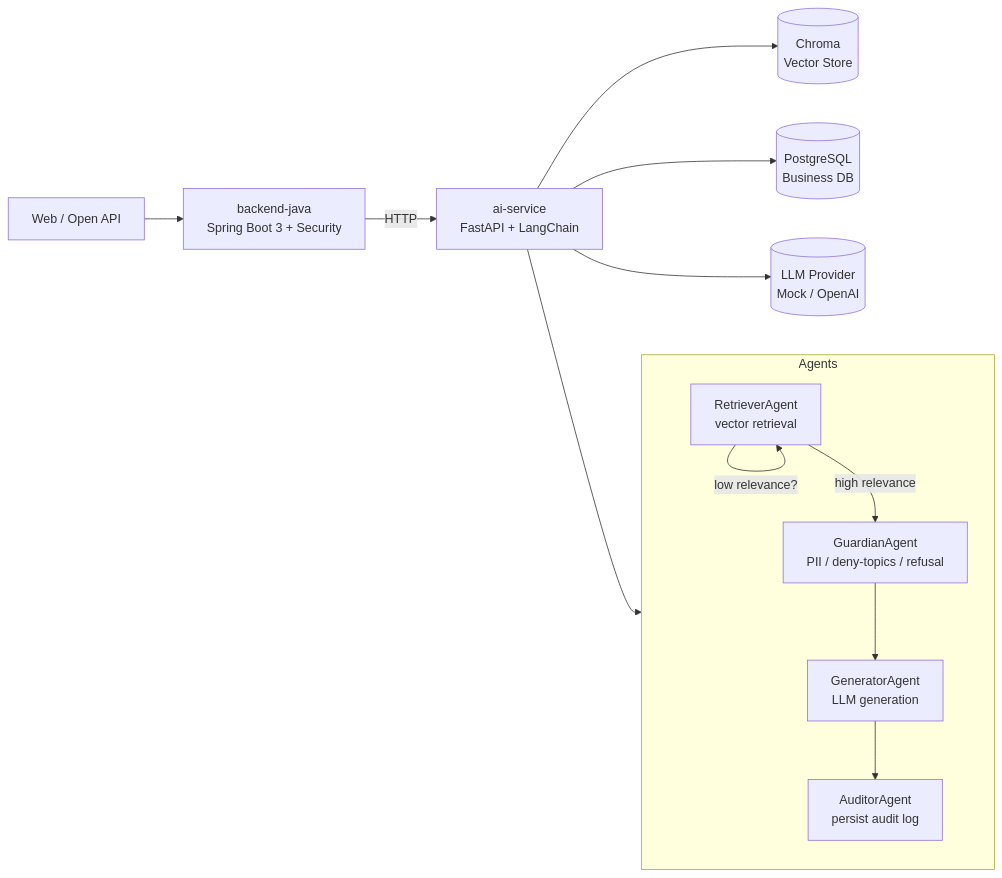
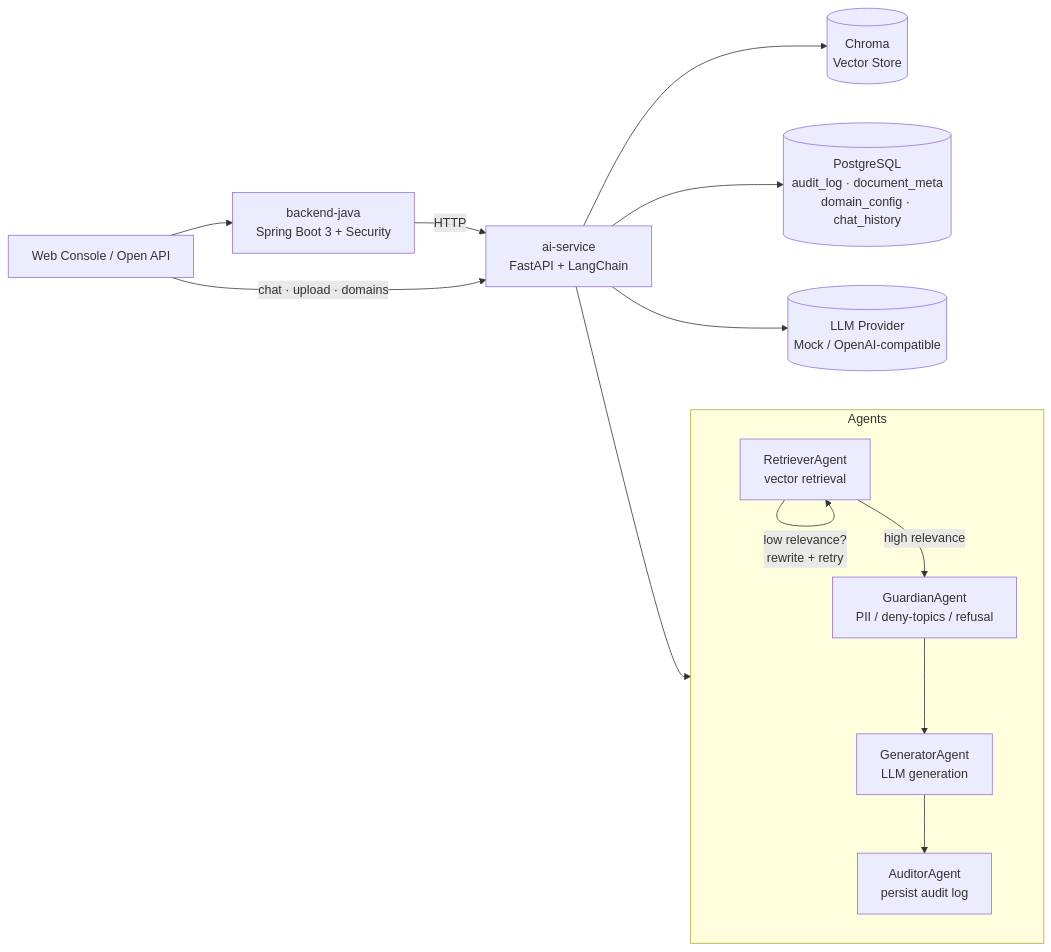
The diagram in README.md (linickl1417-hub/ragenthub), drawn with Mermaid before and after one commit. The commit also changed other lines of this file and 21 other files, not shown here.

First line of the commit message:
feat: enterprise-grade chat + admin console, persistent domains and history

````diff
--- a/README.md
+++ b/README.md
@@ -33,17 +35,18 @@
 ```mermaid
 flowchart LR
-    U[Web / Open API] --> GW[backend-java<br/>Spring Boot 3 + Security]
+    U[Web Console / Open API] --> GW[backend-java<br/>Spring Boot 3 + Security]
     GW -->|HTTP| AI[ai-service<br/>FastAPI + LangChain]
+    U -->|chat · upload · domains| AI
 
     subgraph Agents
-      R[RetrieverAgent<br/>vector retrieval] -->|low relevance?| R
+      R[RetrieverAgent<br/>vector retrieval] -->|low relevance?<br/>rewrite + retry| R
       R -->|high relevance| G[GuardianAgent<br/>PII / deny-topics / refusal]
       G --> Gen[GeneratorAgent<br/>LLM generation]
       Gen --> A[AuditorAgent<br/>persist audit log]
     end
 
     AI --> Agents
     AI --> V[(Chroma<br/>Vector Store)]
-    AI --> DB[(PostgreSQL<br/>Business DB)]
-    AI --> LLM[(LLM Provider<br/>Mock / OpenAI)]
+    AI --> DB[(PostgreSQL<br/>audit_log · document_meta<br/>domain_config · chat_history)]
+    AI --> LLM[(LLM Provider<br/>Mock / OpenAI-compatible)]
 ```
````
